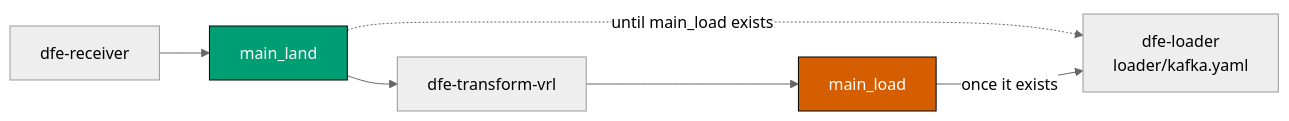
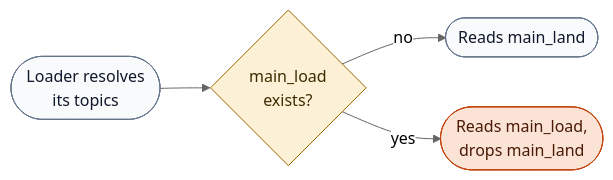
Before and after one commit to hyperi-io/dfe-docker: the diagram in docs/known-issues.md, drawn with Mermaid (neutral theme). The commit also changed other lines of this file and 28 other files, not shown here.

First line of the commit message:
docs(docker): fix claims and redraw diagrams

````diff
--- a/docs/known-issues.md
+++ b/docs/known-issues.md
@@ -33,13 +37,20 @@
 ```mermaid
 flowchart LR
-    recv["dfe-receiver"] --> land["main_land"]
-    land --> vrl["dfe-transform-vrl"]
-    vrl --> load["main_load"]
-    land -.->|until main_load exists| ldr["dfe-loader<br/>loader/kafka.yaml"]
-    load -->|once it exists| ldr
+    accTitle: L4 Detail -- Loader topic choice
+    accDescr: The loader resolves its topics. If main_load exists it reads main_load and drops main_land from its subscription. If not, it reads main_land.
 
-    classDef made fill:#009E73,color:#ffffff,stroke:#000000
-    classDef notmade fill:#D55E00,color:#ffffff,stroke:#000000
-    class land made
-    class load notmade
+    resolve(["Loader resolves<br/>its topics"])
+    exists{"main_load<br/>exists?"}
+    land(["Reads main_land"])
+    load(["Reads main_load,<br/>drops main_land"])
+
+    resolve --> exists
+    exists -->|no| land
+    exists -->|yes| load
+
+    classDef default fill:#F8FAFC,stroke:#64748B,stroke-width:1px,color:#0F172A
+    classDef decision fill:#FCF1D6,stroke:#9A6700,stroke-width:1px,color:#3D2A00
+    classDef error fill:#FBE3D6,stroke:#C2410C,stroke-width:1px,color:#4A1A05
+    class exists decision
+    class load error
 ```
````
